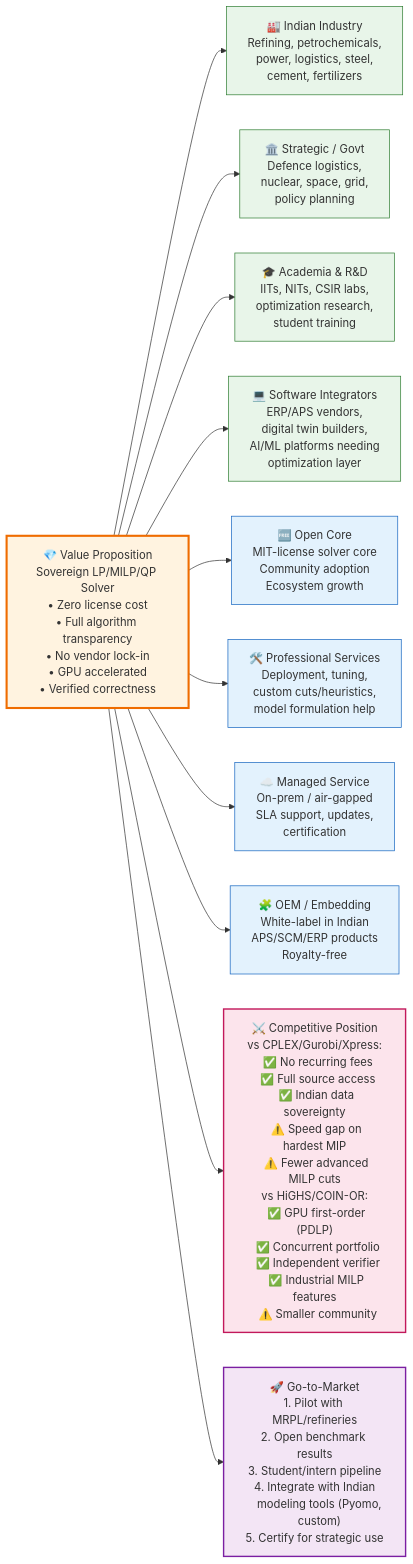
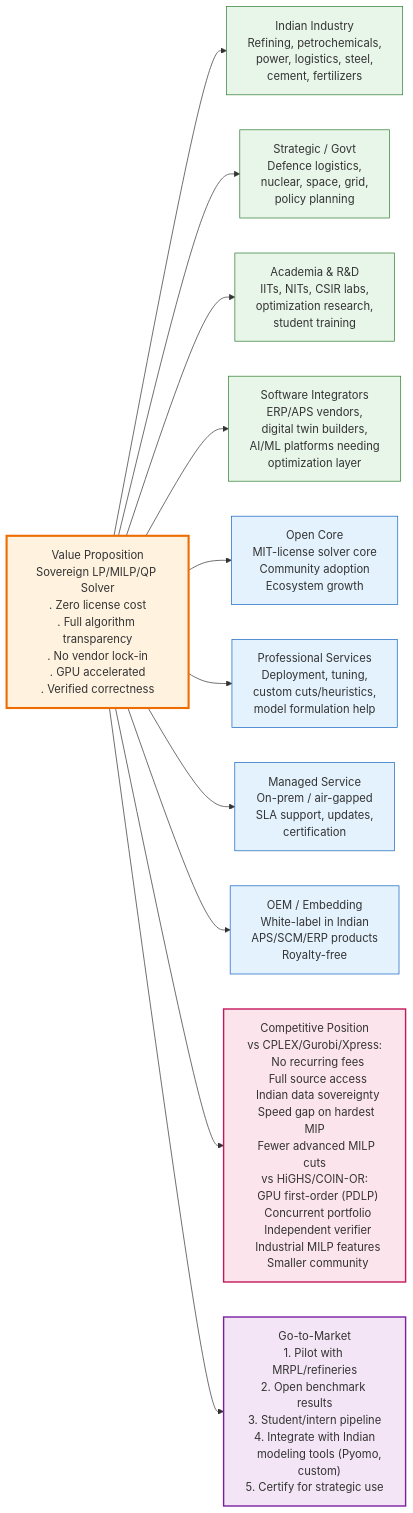
Before and after one commit to TANESHDEVHARE/Team-Suprema: the sixth of 10 diagrams in README.md, drawn with Mermaid. The commit also changed other lines of this file, not shown here.

````diff
--- a/README.md
+++ b/README.md
@@ -825,36 +825,36 @@
 ```mermaid
 flowchart LR
     %% Value Proposition
-    VP["💎 Value Proposition\nSovereign LP/MILP/QP Solver\n• Zero license cost\n• Full algorithm transparency\n• No vendor lock-in\n• GPU accelerated\n• Verified correctness"]
+    VP["Value Proposition\nSovereign LP/MILP/QP Solver\n. Zero license cost\n. Full algorithm transparency\n. No vendor lock-in\n. GPU accelerated\n. Verified correctness"]
     
     %% Target Markets
-    VP --> M1["🏭 Indian Industry\nRefining, petrochemicals,\npower, logistics, steel,\ncement, fertilizers"]
-    VP --> M2["🏛️ Strategic / Govt\nDefence logistics,\nnuclear, space, grid,\npolicy planning"]
-    VP --> M3["🎓 Academia & R&D\nIITs, NITs, CSIR labs,\noptimization research,\nstudent training"]
-    VP --> M4["💻 Software Integrators\nERP/APS vendors,\ndigital twin builders,\nAI/ML platforms needing\noptimization layer"]
+    VP --> M1["Indian Industry\nRefining, petrochemicals,\npower, logistics, steel,\ncement, fertilizers"]
+    VP --> M2["Strategic / Govt\nDefence logistics,\nnuclear, space, grid,\npolicy planning"]
+    VP --> M3["Academia & R&D\nIITs, NITs, CSIR labs,\noptimization research,\nstudent training"]
+    VP --> M4["Software Integrators\nERP/APS vendors,\ndigital twin builders,\nAI/ML platforms needing\noptimization layer"]
     
     %% Business Models
-    VP --> BM1["🆓 Open Core\nMIT-license solver core\nCommunity adoption\nEcosystem growth"]
-    VP --> BM2["🛠️ Professional Services\nDeployment, tuning,\ncustom cuts/heuristics,\nmodel formulation help"]
-    VP --> BM3["☁️ Managed Service\nOn-prem / air-gapped\nSLA support, updates,\ncertification"]
-    VP --> BM4["🧩 OEM / Embedding\nWhite-label in Indian\nAPS/SCM/ERP products\nRoyalty-free"]
+    VP --> BM1["Open Core\nMIT-license solver core\nCommunity adoption\nEcosystem growth"]
+    VP --> BM2["Professional Services\nDeployment, tuning,\ncustom cuts/heuristics,\nmodel formulation help"]
+    VP --> BM3["Managed Service\nOn-prem / air-gapped\nSLA support, updates,\ncertification"]
+    VP --> BM4["OEM / Embedding\nWhite-label in Indian\nAPS/SCM/ERP products\nRoyalty-free"]
     
     %% Competitive Position
-    VP --> CP["⚔️ Competitive Position\nvs CPLEX/Gurobi/Xpress:\n  ✅ No recurring fees\n  ✅ Full source access\n  ✅ Indian data sovereignty\n  ⚠️ Speed gap on hardest MIP\n  ⚠️ Fewer advanced MILP cuts\nvs HiGHS/COIN-OR:\n  ✅ GPU first-order (PDLP)\n  ✅ Concurrent portfolio\n  ✅ Independent verifier\n  ✅ Industrial MILP features\n  ⚠️ Smaller community"]
+    VP --> CP["Competitive Position\nvs CPLEX/Gurobi/Xpress:\n  No recurring fees\n  Full source access\n  Indian data sovereignty\n  Speed gap on hardest MIP\n  Fewer advanced MILP cuts\nvs HiGHS/COIN-OR:\n  GPU first-order (PDLP)\n  Concurrent portfolio\n  Independent verifier\n  Industrial MILP features\n  Smaller community"]
     
     %% Go-to-Market
-    VP --> GTM["🚀 Go-to-Market\n1. Pilot with MRPL/refineries\n2. Open benchmark results\n3. Student/intern pipeline\n4. Integrate with Indian\n   modeling tools (Pyomo,\n   custom)\n5. Certify for strategic use"]
+    VP --> GTM["Go-to-Market\n1. Pilot with MRPL/refineries\n2. Open benchmark results\n3. Student/intern pipeline\n4. Integrate with Indian\n   modeling tools (Pyomo,\n   custom)\n5. Certify for strategic use"]
     
     %% Styling
     style VP fill:#fff3e0,stroke:#ef6c00,stroke-width:3px
     style M1 fill:#e8f5e9,stroke:#2e7d32
     style M2 fill:#e8f5e9,stroke:#2e7d32
     style M3 fill:#e8f5e9,stroke:#2e7d32
     style M4 fill:#e8f5e9,stroke:#2e7d32
     style BM1 fill:#e3f2fd,stroke:#1565c0
     style BM2 fill:#e3f2fd,stroke:#1565c0
     style BM3 fill:#e3f2fd,stroke:#1565c0
     style BM4 fill:#e3f2fd,stroke:#1565c0
     style CP fill:#fce4ec,stroke:#c2185b,stroke-width:2px
     style GTM fill:#f3e5f5,stroke:#7b1fa2,stroke-width:2px
 ```
````
